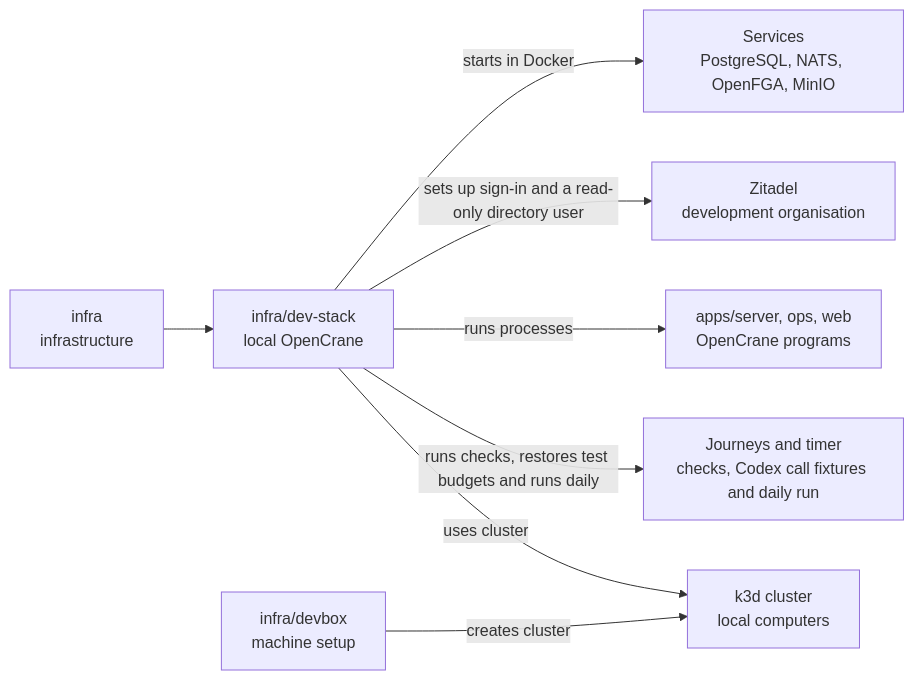
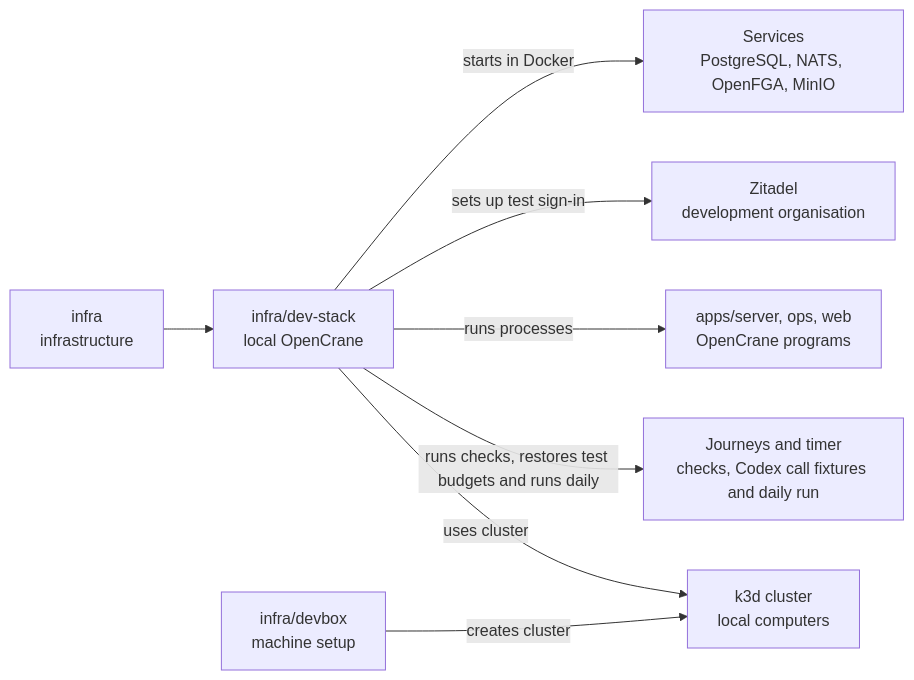
Before and after one commit to elewa-git/opencrane-new: the diagram in infra/dev-stack/README.md, drawn with Mermaid. The commit also changed other lines of this file and 25 other files, not shown here.

Commit message:
🔒 Check invitation emails without a Zitadel directory key.

````diff
--- a/infra/dev-stack/README.md
+++ b/infra/dev-stack/README.md
@@ -15,10 +15,10 @@
 ```mermaid
 flowchart LR
   infra["infra<br/>infrastructure"] --> stack["infra/dev-stack<br/>local OpenCrane"]
   stack -->|starts in Docker| services["Services<br/>PostgreSQL, NATS, OpenFGA, MinIO"]
-  stack -->|sets up sign-in and a read-only directory user| zitadel["Zitadel<br/>development organisation"]
+  stack -->|sets up test sign-in| zitadel["Zitadel<br/>development organisation"]
   stack -->|runs processes| apps["apps/server, ops, web<br/>OpenCrane programs"]
   stack -->|runs checks, restores test budgets and runs daily| journeys["Journeys and timer<br/>checks, Codex call fixtures and daily run"]
   devbox["infra/devbox<br/>machine setup"] -->|creates cluster| cluster["k3d cluster<br/>local computers"]
   stack -->|uses cluster| cluster
 ```
````
